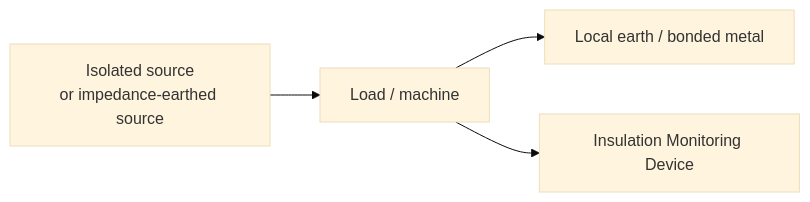
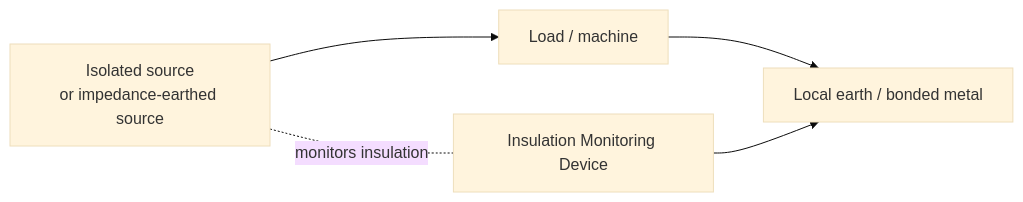
Before and after one commit to kyawminthu20/Control-System-Tools: the sixth of 7 diagrams in docs/training/fundamentals/earthing-systems-iec/index.md, drawn with Mermaid (base theme). The commit also changed other lines of this file, not shown here.

First line of the commit message:
fix: correct IT diagram topology and TN diagram quality issues

````diff
--- a/docs/training/fundamentals/earthing-systems-iec/index.md
+++ b/docs/training/fundamentals/earthing-systems-iec/index.md
@@ -191,6 +193,7 @@
 ```mermaid
 flowchart LR
     S[Isolated source<br/>or impedance-earthed source] --> L[Load / machine]
     L --> PE[Local earth / bonded metal]
-    L --> IMD[Insulation Monitoring Device]
+    S -. monitors insulation .- IMD[Insulation Monitoring Device]
+    IMD --> PE
 ```
````
